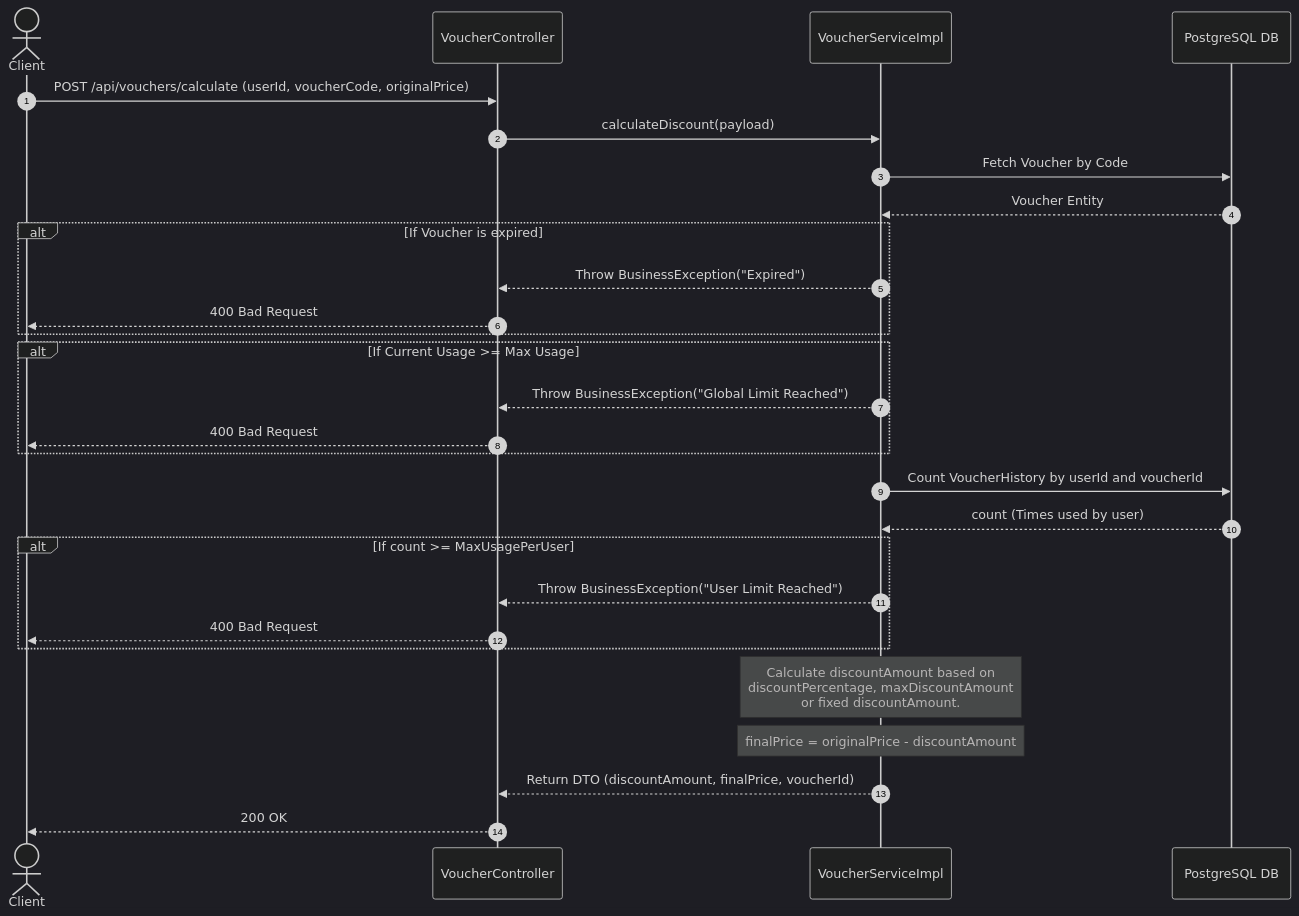
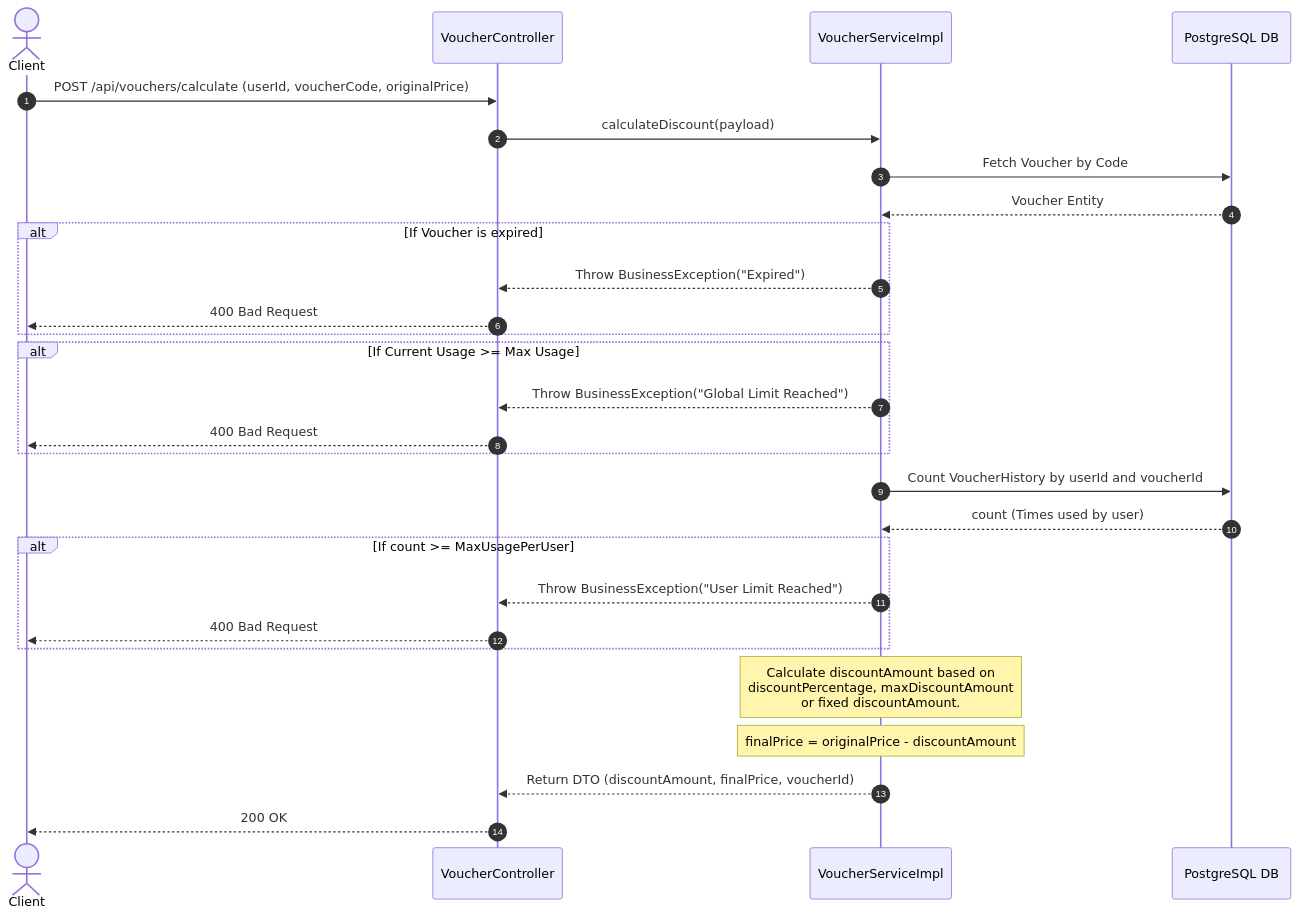
The second of 3 diagrams in Sơ đồ sequence.md (trungksdoa/Tech-Assessment), drawn with Mermaid before and after one commit. The commit also changed other lines of this file and 1 other file, not shown here.

Commit message:
chore: convert C4Context to flowchart TD and remove hardcoded themes for perfect GitHub integration

````diff
--- a/Sơ đồ sequence.md
+++ b/Sơ đồ sequence.md
@@ -90,45 +86,41 @@
 ```mermaid
----
-config:
-  theme: dark
----
 sequenceDiagram
     autonumber
     actor Client
     participant Controller as VoucherController
     participant Service as VoucherServiceImpl
     participant DB as PostgreSQL DB
 
     Client->>Controller: POST /api/vouchers/calculate (userId, voucherCode, originalPrice)
     Controller->>Service: calculateDiscount(payload)
     
     Service->>DB: Fetch Voucher by Code
     DB-->>Service: Voucher Entity
     
     %% Validate Expiration
     alt If Voucher is expired
         Service-->>Controller: Throw BusinessException("Expired")
         Controller-->>Client: 400 Bad Request
     end
     
     %% Validate Global Limit
     alt If Current Usage >= Max Usage
         Service-->>Controller: Throw BusinessException("Global Limit Reached")
         Controller-->>Client: 400 Bad Request
     end
     
     %% Validate User Limit
     Service->>DB: Count VoucherHistory by userId and voucherId
     DB-->>Service: count (Times used by user)
     alt If count >= MaxUsagePerUser
         Service-->>Controller: Throw BusinessException("User Limit Reached")
         Controller-->>Client: 400 Bad Request
     end
     
     %% Calculate Logic
     Note over Service: Calculate discountAmount based on <br/> discountPercentage, maxDiscountAmount <br/> or fixed discountAmount.
     Note over Service: finalPrice = originalPrice - discountAmount
     
     Service-->>Controller: Return DTO (discountAmount, finalPrice, voucherId)
     Controller-->>Client: 200 OK
 ```
````
